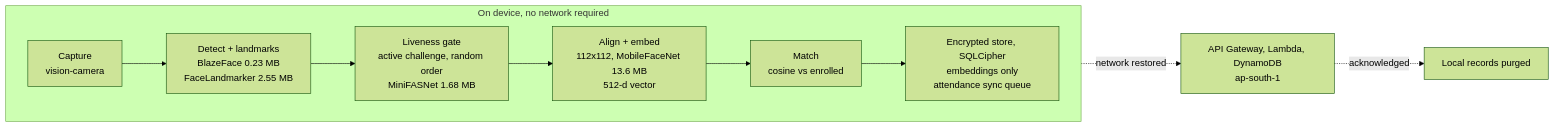
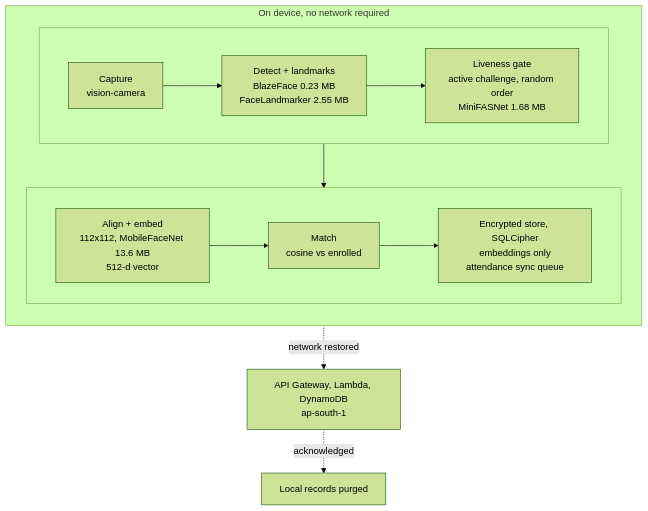
Before and after one commit to tejcodes-rex/netraid: the diagram in README.md, drawn with Mermaid (forest theme). The commit also changed other lines of this file and 3 other files, not shown here.

First line of the commit message:
Add interactive source map, technology stack section, and diagram rendering in PDFs

````diff
--- a/README.md
+++ b/README.md
@@ -25,16 +25,18 @@
 ```mermaid
-flowchart LR
+flowchart TB
     subgraph device ["On device, no network required"]
-        direction LR
-        A["Capture<br/>vision-camera"]
-        B["Detect + landmarks<br/>BlazeFace 0.23 MB<br/>FaceLandmarker 2.55 MB"]
-        C["Liveness gate<br/>active challenge, random order<br/>MiniFASNet 1.68 MB"]
-        D["Align + embed<br/>112x112, MobileFaceNet 13.6 MB<br/>512-d vector"]
-        E["Match<br/>cosine vs enrolled"]
-        F["Encrypted store, SQLCipher<br/>embeddings only<br/>attendance sync queue"]
-        A --> B --> C --> D --> E --> F
+        direction TB
+        subgraph row1 [" "]
+            direction LR
+            A["Capture<br/>vision-camera"] --> B["Detect + landmarks<br/>BlazeFace 0.23 MB<br/>FaceLandmarker 2.55 MB"] --> C["Liveness gate<br/>active challenge, random order<br/>MiniFASNet 1.68 MB"]
+        end
+        subgraph row2 [" "]
+            direction LR
+            D["Align + embed<br/>112x112, MobileFaceNet 13.6 MB<br/>512-d vector"] --> E["Match<br/>cosine vs enrolled"] --> F["Encrypted store, SQLCipher<br/>embeddings only<br/>attendance sync queue"]
+        end
+        C --> D
     end
 
     F -. "network restored" .-> G["API Gateway, Lambda, DynamoDB<br/>ap-south-1"]
     G -. "acknowledged" .-> H["Local records purged"]
 ```
````
